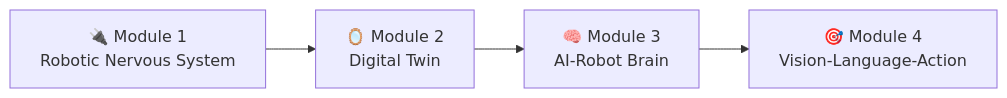
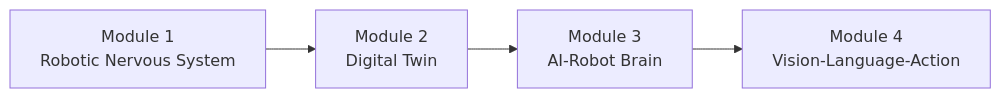
One commit to areebaasim01/aibook changed the diagram in docs/intro.md. Above: the diagram before and after it, drawn with Mermaid. The commit also changed other lines of this file and 21 other files, not shown here.

````diff
--- a/docs/intro.md
+++ b/docs/intro.md
@@ -23,6 +23,6 @@
 ```mermaid
 graph LR
-    M1[🔌 Module 1<br/>Robotic Nervous System] --> M2[🪞 Module 2<br/>Digital Twin]
-    M2 --> M3[🧠 Module 3<br/>AI-Robot Brain]
-    M3 --> M4[🎯 Module 4<br/>Vision-Language-Action]
+    M1[Module 1<br/>Robotic Nervous System] --> M2[Module 2<br/>Digital Twin]
+    M2 --> M3[Module 3<br/>AI-Robot Brain]
+    M3 --> M4[Module 4<br/>Vision-Language-Action]
 ```
````
